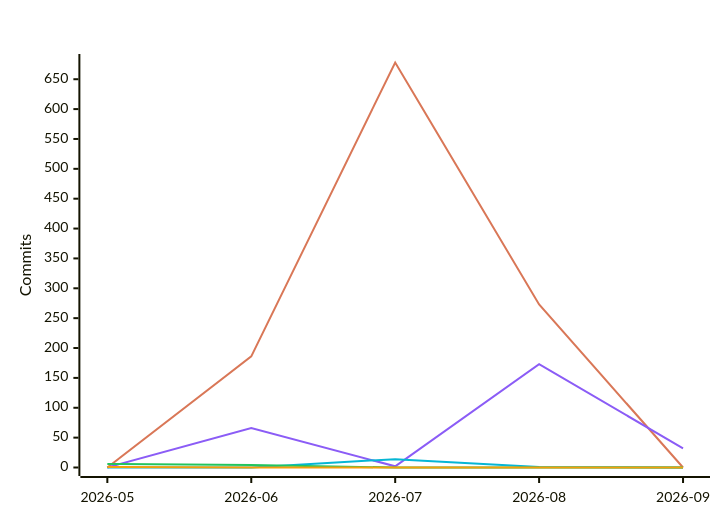
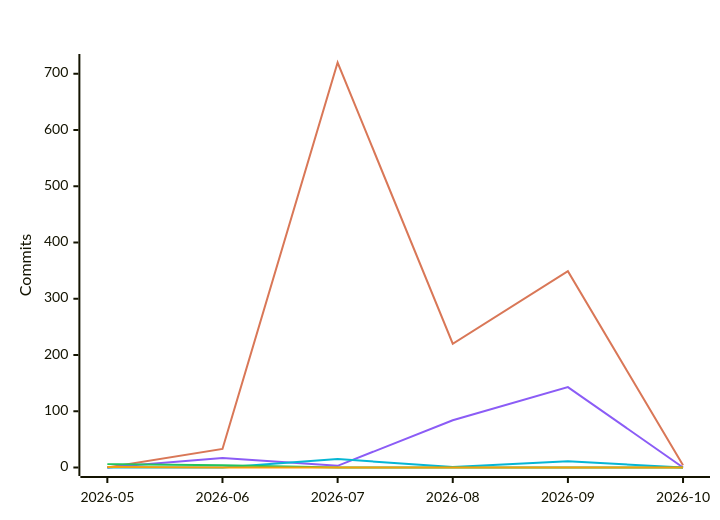
One commit to polo-nyan/polo-nyan changed the fifth of 7 diagrams in README.md. Above: the diagram before and after it, drawn with Mermaid. The commit also changed other lines of this file and 1 other file, not shown here.

````diff
--- a/README.md
+++ b/README.md
@@ -313,12 +313,12 @@
 ```mermaid
 %%{init: {"xyChart": {"titleColor": "#ffffff", "xAxisLabelColor": "#ffffff", "yAxisLabelColor": "#ffffff"}, "themeVariables": {"xyChart": {"titleColor": "#ffffff", "plotColorPalette": "#d97757, #8b5cf6, #06b6d4, #22c55e, #f59e0b, #ec4899"}}}}%%
 xychart-beta
     title "Commits Per Month by Model Family"
-    x-axis ["2026-05", "2026-06", "2026-07", "2026-08", "2026-09"]
+    x-axis ["2026-05", "2026-06", "2026-07", "2026-08", "2026-09", "2026-10"]
     y-axis "Commits"
-    line [0, 186, 678, 273, 0]
-    line [0, 66, 2, 173, 32]
-    line [0, 0, 14, 1, 0]
-    line [6, 4, 0, 0, 0]
-    line [1, 0, 0, 0, 0]
+    line [0, 33, 720, 220, 349, 4]
+    line [0, 17, 3, 84, 143, 0]
+    line [0, 0, 15, 1, 11, 0]
+    line [6, 4, 0, 0, 0, 0]
+    line [1, 0, 0, 0, 0, 0]
 ```
````
